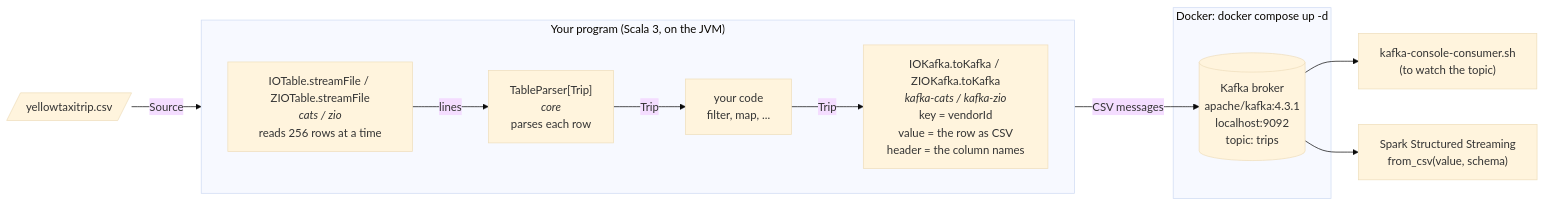
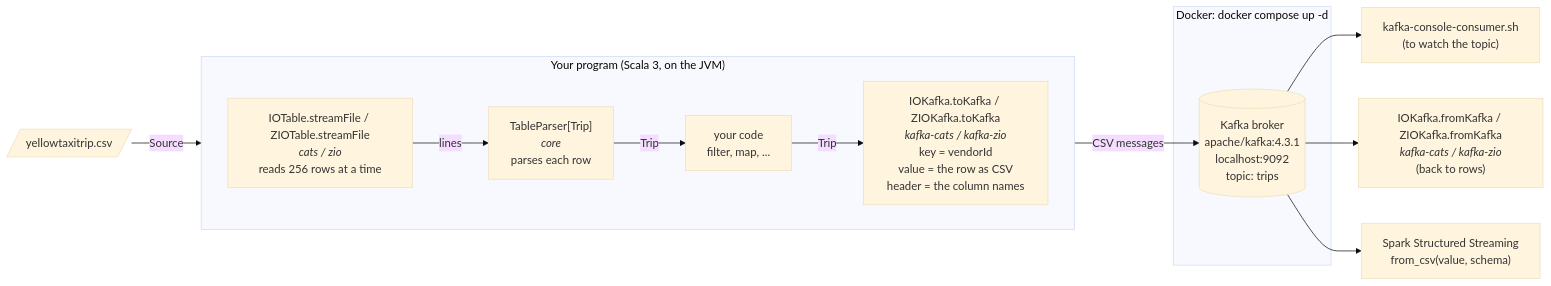
One commit to rchillyard/TableParser changed the first of 2 diagrams in KAFKA.md. Above: the diagram before and after it, drawn with Mermaid (base theme). The commit also changed other lines of this file and 26 other files, not shown here.

````diff
--- a/KAFKA.md
+++ b/KAFKA.md
@@ -14,27 +14,29 @@
 ```mermaid
 flowchart LR
     file[/"yellowtaxitrip.csv"/]
 
     subgraph program["Your program (Scala 3, on the JVM)"]
         direction LR
         stream["IOTable.streamFile / ZIOTable.streamFile<br/><i>cats / zio</i><br/>reads 256 rows at a time"]
         parse["TableParser[Trip]<br/><i>core</i><br/>parses each row"]
         code["your code<br/>filter, map, ..."]
         send["IOKafka.toKafka / ZIOKafka.toKafka<br/><i>kafka-cats / kafka-zio</i><br/>key = vendorId<br/>value = the row as CSV<br/>header = the column names"]
         stream -- "lines" --> parse
         parse -- "Trip" --> code
         code -- "Trip" --> send
     end
 
     subgraph docker["Docker: docker compose up -d"]
         broker[("Kafka broker<br/>apache/kafka:4.3.1<br/>localhost:9092<br/>topic: trips")]
     end
 
     console["kafka-console-consumer.sh<br/>(to watch the topic)"]
+    reader["IOKafka.fromKafka / ZIOKafka.fromKafka<br/><i>kafka-cats / kafka-zio</i><br/>(back to rows)"]
     spark["Spark Structured Streaming<br/>from_csv(value, schema)"]
 
     file -- "Source" --> stream
     send -- "CSV messages" --> broker
     broker --> console
+    broker --> reader
     broker --> spark
 ```
````
